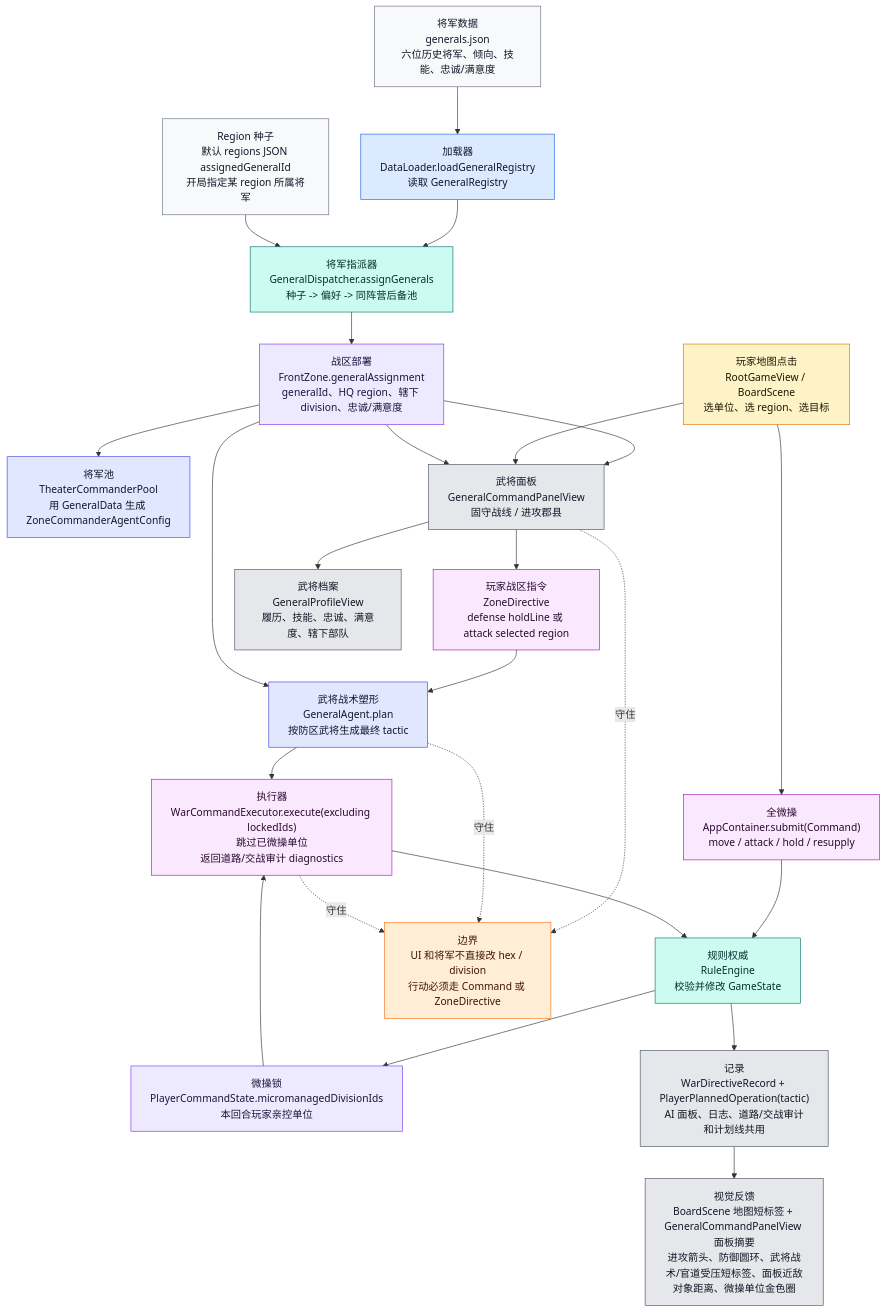
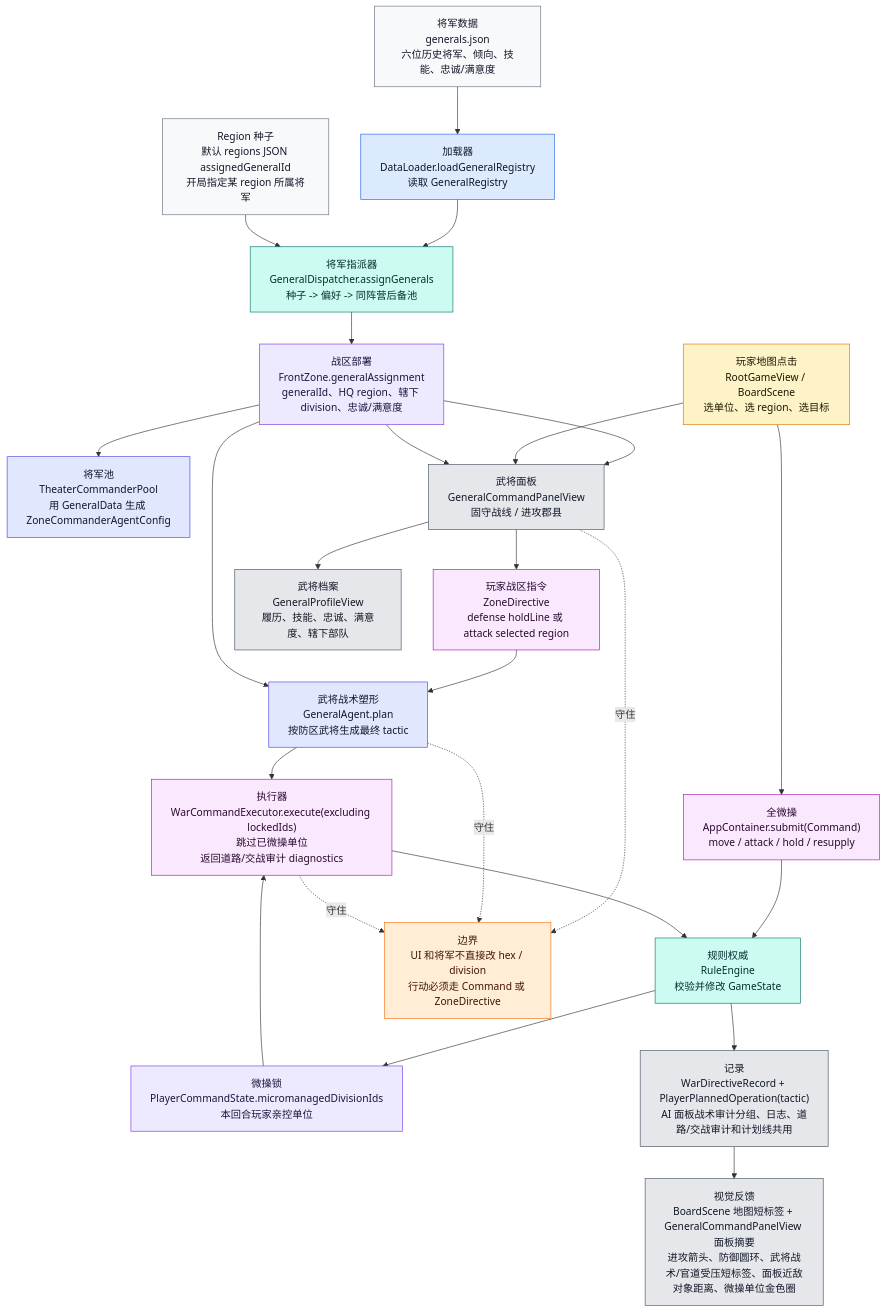
The eighth of 9 diagrams in md/flow/flowchart.md (Altman-sam114/121), drawn with Mermaid before and after one commit. The commit also changed other lines of this file and 6 other files, not shown here.

````diff
--- a/md/flow/flowchart.md
+++ b/md/flow/flowchart.md
@@ -533,45 +533,45 @@
 ```mermaid
 flowchart TD
     GJSON["将军数据<br/>generals.json<br/>六位历史将军、倾向、技能、忠诚/满意度"]:::data
     RJSON["Region 种子<br/>默认 regions JSON assignedGeneralId<br/>开局指定某 region 所属将军"]:::data
     DL["加载器<br/>DataLoader.loadGeneralRegistry<br/>读取 GeneralRegistry"]:::loader
     DISP["将军指派器<br/>GeneralDispatcher.assignGenerals<br/>种子 -> 偏好 -> 同阵营后备池"]:::rules
     FZ["战区部署<br/>FrontZone.generalAssignment<br/>generalId、HQ region、辖下 division、忠诚/满意度"]:::state
     POOL["将军池<br/>TheaterCommanderPool<br/>用 GeneralData 生成 ZoneCommanderAgentConfig"]:::ai
 
     TAP["玩家地图点击<br/>RootGameView / BoardScene<br/>选单位、选 region、选目标"]:::input
     MICRO["全微操<br/>AppContainer.submit(Command)<br/>move / attack / hold / resupply"]:::command
     LOCK["微操锁<br/>PlayerCommandState.micromanagedDivisionIds<br/>本回合玩家亲控单位"]:::state
     GENUI["武将面板<br/>GeneralCommandPanelView<br/>固守战线 / 进攻郡县"]:::ui
     ZD["玩家战区指令<br/>ZoneDirective<br/>defense holdLine 或 attack selected region"]:::command
     GENA["武将战术塑形<br/>GeneralAgent.plan<br/>按防区武将生成最终 tactic"]:::ai
     WCE["执行器<br/>WarCommandExecutor.execute(excluding lockedIds)<br/>跳过已微操单位<br/>返回道路/交战审计 diagnostics"]:::command
     RE["规则权威<br/>RuleEngine<br/>校验并修改 GameState"]:::rules
-    RECORD["记录<br/>WarDirectiveRecord + PlayerPlannedOperation(tactic)<br/>AI 面板、日志、道路/交战审计和计划线共用"]:::ui
+    RECORD["记录<br/>WarDirectiveRecord + PlayerPlannedOperation(tactic)<br/>AI 面板战术审计分组、日志、道路/交战审计和计划线共用"]:::ui
     BOARD["视觉反馈<br/>BoardScene 地图短标签 + GeneralCommandPanelView 面板摘要<br/>进攻箭头、防御圆环、武将战术/官道受压短标签、面板近敌对象距离、微操单位金色圈"]:::ui
     PROFILE["武将档案<br/>GeneralProfileView<br/>履历、技能、忠诚、满意度、辖下部队"]:::ui
 
     GJSON --> DL --> DISP
     RJSON --> DISP --> FZ --> POOL
     FZ --> GENUI --> PROFILE
     TAP --> MICRO --> RE --> LOCK
     LOCK --> WCE
     TAP --> GENUI --> ZD --> GENA --> WCE --> RE --> RECORD --> BOARD
     FZ --> GENUI
     FZ --> GENA
 
     WARN["边界<br/>UI 和将军不直接改 hex / division<br/>行动必须走 Command 或 ZoneDirective"]:::warn
     GENUI -.守住.-> WARN
     GENA -.守住.-> WARN
     WCE -.守住.-> WARN
 
     classDef data fill:#f8f9fb,stroke:#6b7280,color:#111827
     classDef loader fill:#dbeafe,stroke:#2563eb,color:#0f172a
     classDef state fill:#ede9fe,stroke:#7c3aed,color:#1f143d
     classDef ai fill:#e0e7ff,stroke:#4f46e5,color:#111827
     classDef input fill:#fef3c7,stroke:#d97706,color:#1f1600
     classDef command fill:#fae8ff,stroke:#a21caf,color:#2a0a2f
     classDef rules fill:#ccfbf1,stroke:#0f766e,color:#042f2e
     classDef ui fill:#e5e7eb,stroke:#4b5563,color:#111827
     classDef warn fill:#ffedd5,stroke:#f97316,color:#431407
 ```
````
